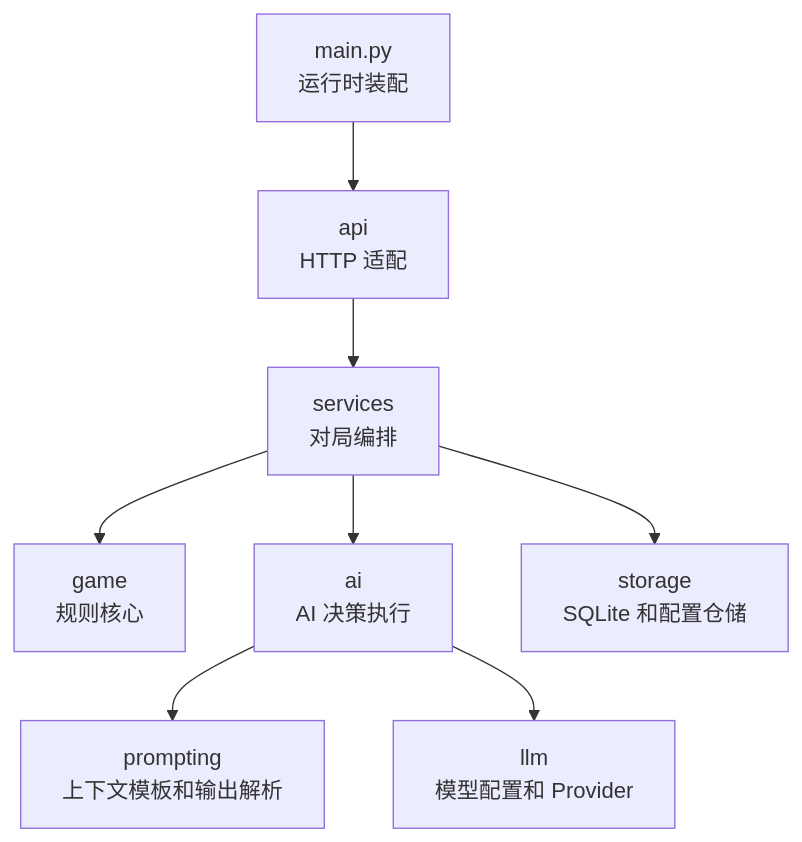
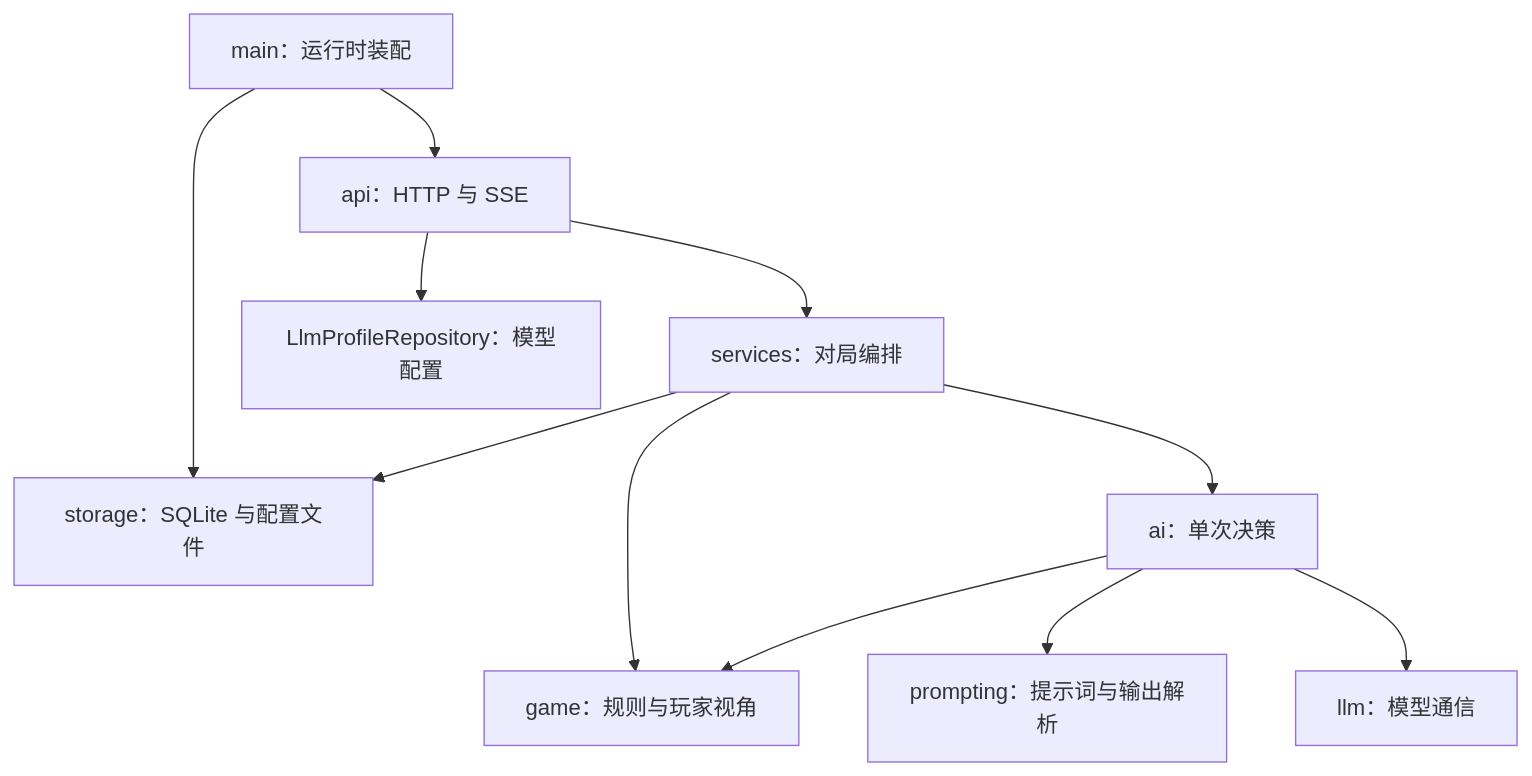
The diagram in docs/backend-modules.md (hzthzt/SoloAvalon), drawn with Mermaid before and after one commit. The commit also changed other lines of this file and 22 other files, not shown here.

````diff
--- a/docs/backend-modules.md
+++ b/docs/backend-modules.md
@@ -7,10 +9,13 @@
 ```mermaid
 flowchart TD
-    Main["main.py\n运行时装配"] --> Api["api\nHTTP 适配"]
-    Api --> Services["services\n对局编排"]
-    Services --> Game["game\n规则核心"]
-    Services --> AI["ai\nAI 决策执行"]
-    AI --> Prompting["prompting\n上下文模板和输出解析"]
-    AI --> LLM["llm\n模型配置和 Provider"]
-    Services --> Storage["storage\nSQLite 和配置仓储"]
+    Main["main：运行时装配"] --> Api["api：HTTP 与 SSE"]
+    Main --> Storage["storage：SQLite 与配置文件"]
+    Api --> Services["services：对局编排"]
+    Api --> Profiles["LlmProfileRepository：模型配置"]
+    Services --> Game["game：规则与玩家视角"]
+    Services --> AI["ai：单次决策"]
+    Services --> Storage
+    AI --> Game
+    AI --> Prompting["prompting：提示词与输出解析"]
+    AI --> LLM["llm：模型通信"]
 ```
````
